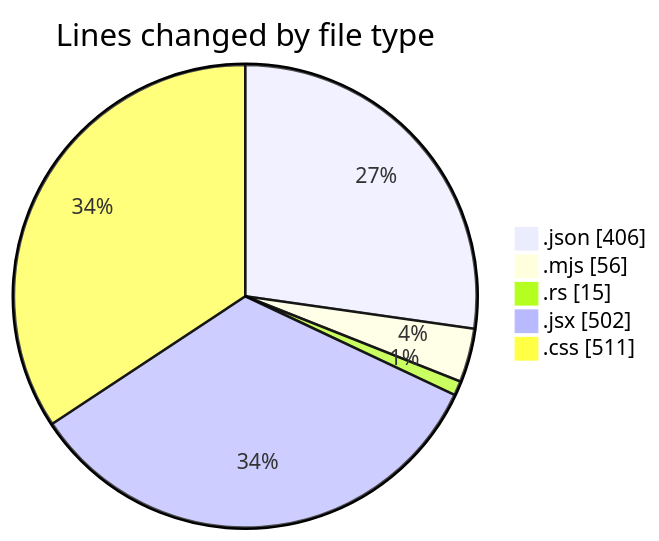
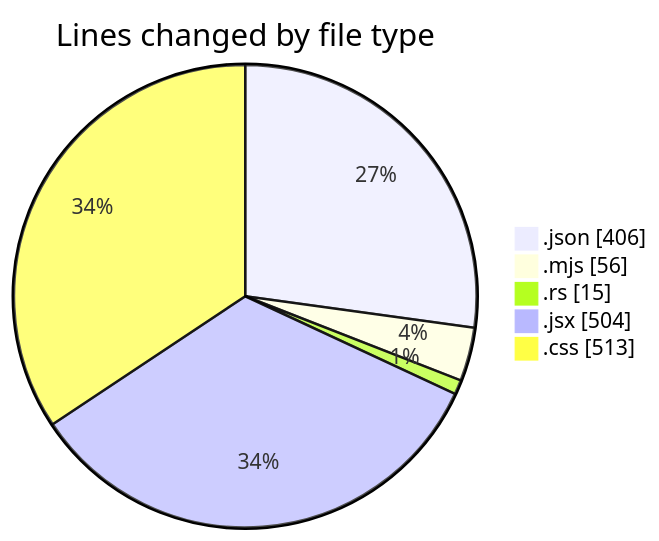
One commit to charlie-sans/code-tracking changed the first of 2 diagrams in 2025-01-28/trollerboard/README.md. Above: the diagram before and after it, drawn with Mermaid. The commit also changed other lines of this file and 1 other file, not shown here.

````diff
--- a/2025-01-28/trollerboard/README.md
+++ b/2025-01-28/trollerboard/README.md
@@ -25,9 +25,9 @@
 ```mermaid
 pie showData
 title Lines changed by file type
 ".json" : 406
 ".mjs" : 56
 ".rs" : 15
-".jsx" : 502
-".css" : 511
+".jsx" : 504
+".css" : 513
 ```
````
